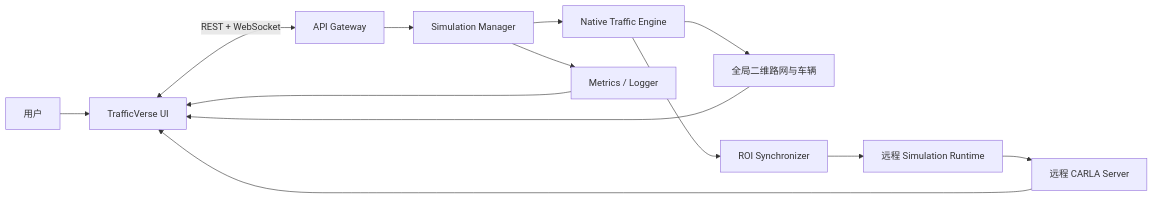
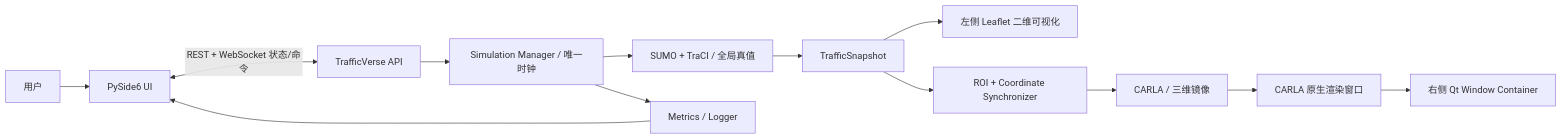
The diagram in docs/PRD.md (Harry-jiajia/TrafficSIM), drawn with Mermaid before and after one commit. The commit also changed other lines of this file and 8 other files, not shown here.

````diff
--- a/docs/PRD.md
+++ b/docs/PRD.md
@@ -123,15 +146,15 @@
 ```mermaid
 flowchart LR
-    USER["用户"] --> UI["TrafficVerse UI"]
-    UI <-->|"REST + WebSocket"| API["API Gateway"]
-    API --> SM["Simulation Manager"]
-    SM --> NTE["Native Traffic Engine"]
-    NTE --> MAP["全局二维路网与车辆"]
-    NTE --> ROI["ROI Synchronizer"]
-    ROI --> WORKER["远程 Simulation Runtime"]
-    WORKER --> CARLA["远程 CARLA Server"]
+    USER["用户"] --> UI["PySide6 UI"]
+    UI <-->|"REST + WebSocket 状态/命令"| API["TrafficVerse API"]
+    API --> SM["Simulation Manager / 唯一时钟"]
+    SM --> SUMO["SUMO + TraCI / 全局真值"]
+    SUMO --> SNAP["TrafficSnapshot"]
+    SNAP --> MAP["左侧 Leaflet 二维可视化"]
+    SNAP --> ROI["ROI + Coordinate Synchronizer"]
+    ROI --> CARLA["CARLA / 三维镜像"]
+    CARLA --> NATIVE["CARLA 原生渲染窗口"]
+    NATIVE --> HOST["右侧 Qt Window Container"]
     SM --> METRIC["Metrics / Logger"]
-    MAP --> UI
-    CARLA --> UI
     METRIC --> UI
 ```
````
